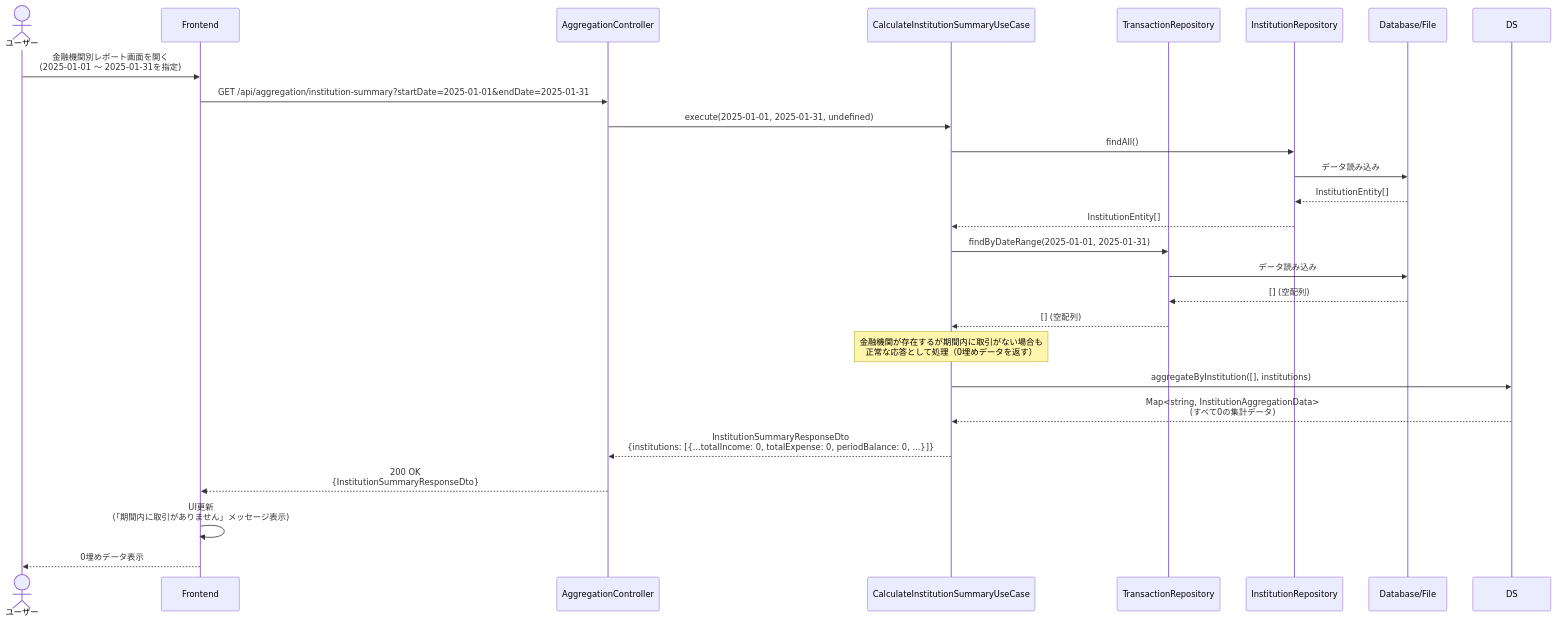
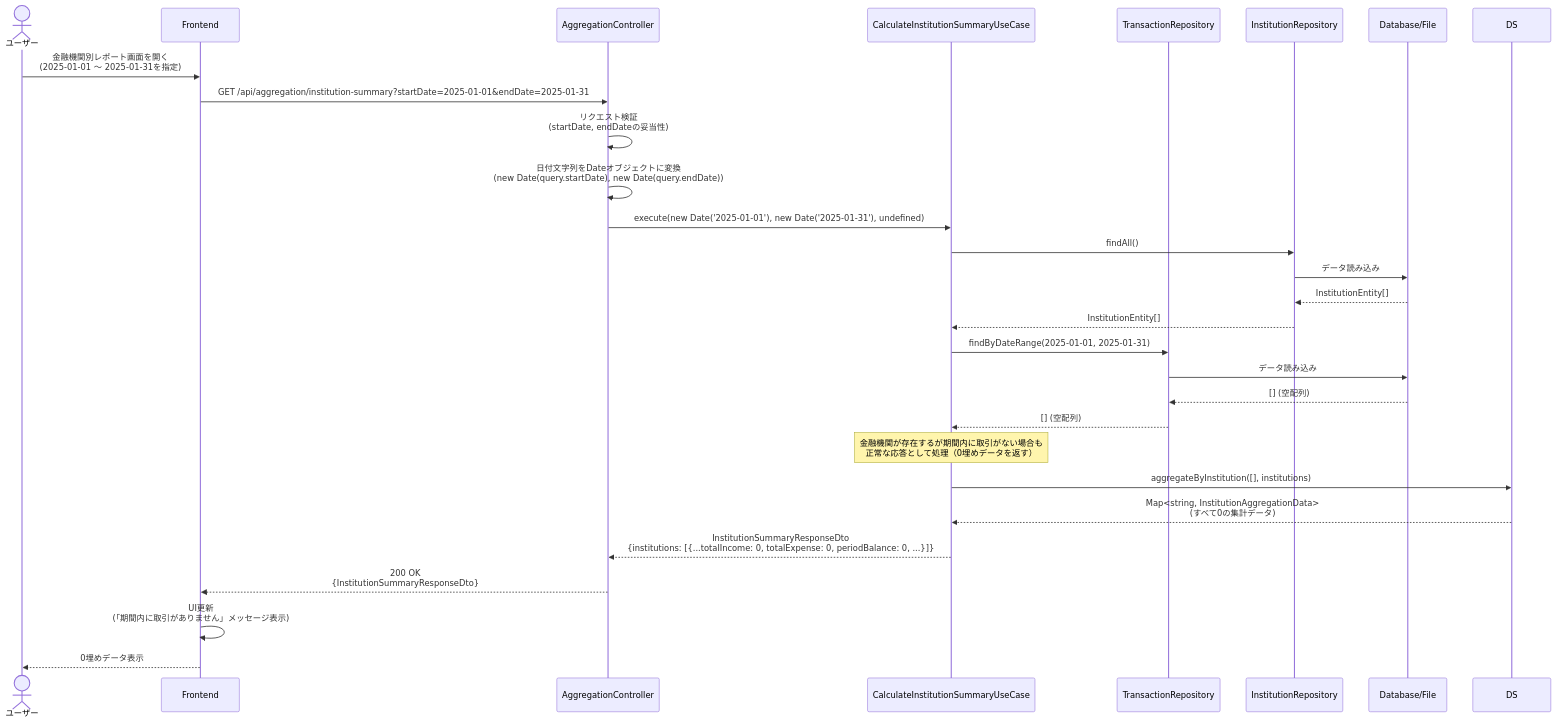
The third of 5 diagrams in docs/detailed-design/FR-017_institution-aggregation/sequence-diagrams.md (kencom2400/account-book), drawn with Mermaid before and after one commit. The commit also changed other lines of this file and 3 other files, not shown here.

````diff
--- a/docs/detailed-design/FR-017_institution-aggregation/sequence-diagrams.md
+++ b/docs/detailed-design/FR-017_institution-aggregation/sequence-diagrams.md
@@ -170,35 +172,37 @@
 ```mermaid
 sequenceDiagram
     actor User as ユーザー
     participant FE as Frontend
     participant API as AggregationController
     participant UC as CalculateInstitutionSummaryUseCase
     participant TRepo as TransactionRepository
     participant IRepo as InstitutionRepository
     participant DB as Database/File
 
     User->>FE: 金融機関別レポート画面を開く<br/>(2025-01-01 〜 2025-01-31を指定)
     FE->>API: GET /api/aggregation/institution-summary?startDate=2025-01-01&endDate=2025-01-31
 
-    API->>UC: execute(2025-01-01, 2025-01-31, undefined)
+    API->>API: リクエスト検証<br/>(startDate, endDateの妥当性)
+    API->>API: 日付文字列をDateオブジェクトに変換<br/>(new Date(query.startDate), new Date(query.endDate))
+    API->>UC: execute(new Date('2025-01-01'), new Date('2025-01-31'), undefined)
 
     UC->>IRepo: findAll()
     IRepo->>DB: データ読み込み
     DB-->>IRepo: InstitutionEntity[]
     IRepo-->>UC: InstitutionEntity[]
 
     UC->>TRepo: findByDateRange(2025-01-01, 2025-01-31)
     TRepo->>DB: データ読み込み
     DB-->>TRepo: [] (空配列)
     TRepo-->>UC: [] (空配列)
 
     Note over UC: 金融機関が存在するが期間内に取引がない場合も<br/>正常な応答として処理（0埋めデータを返す）
     UC->>DS: aggregateByInstitution([], institutions)
     DS-->>UC: Map<string, InstitutionAggregationData><br/>(すべて0の集計データ)
 
     UC-->>API: InstitutionSummaryResponseDto<br/>{institutions: [{...totalIncome: 0, totalExpense: 0, periodBalance: 0, ...}]}
 
     API-->>FE: 200 OK<br/>{InstitutionSummaryResponseDto}
     FE->>FE: UI更新<br/>(「期間内に取引がありません」メッセージ表示)
     FE-->>User: 0埋めデータ表示
 ```
````
